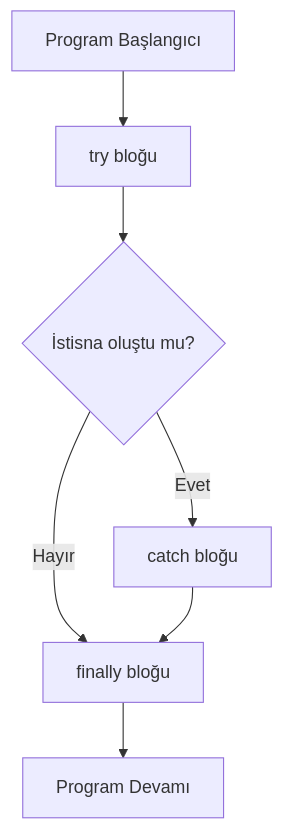
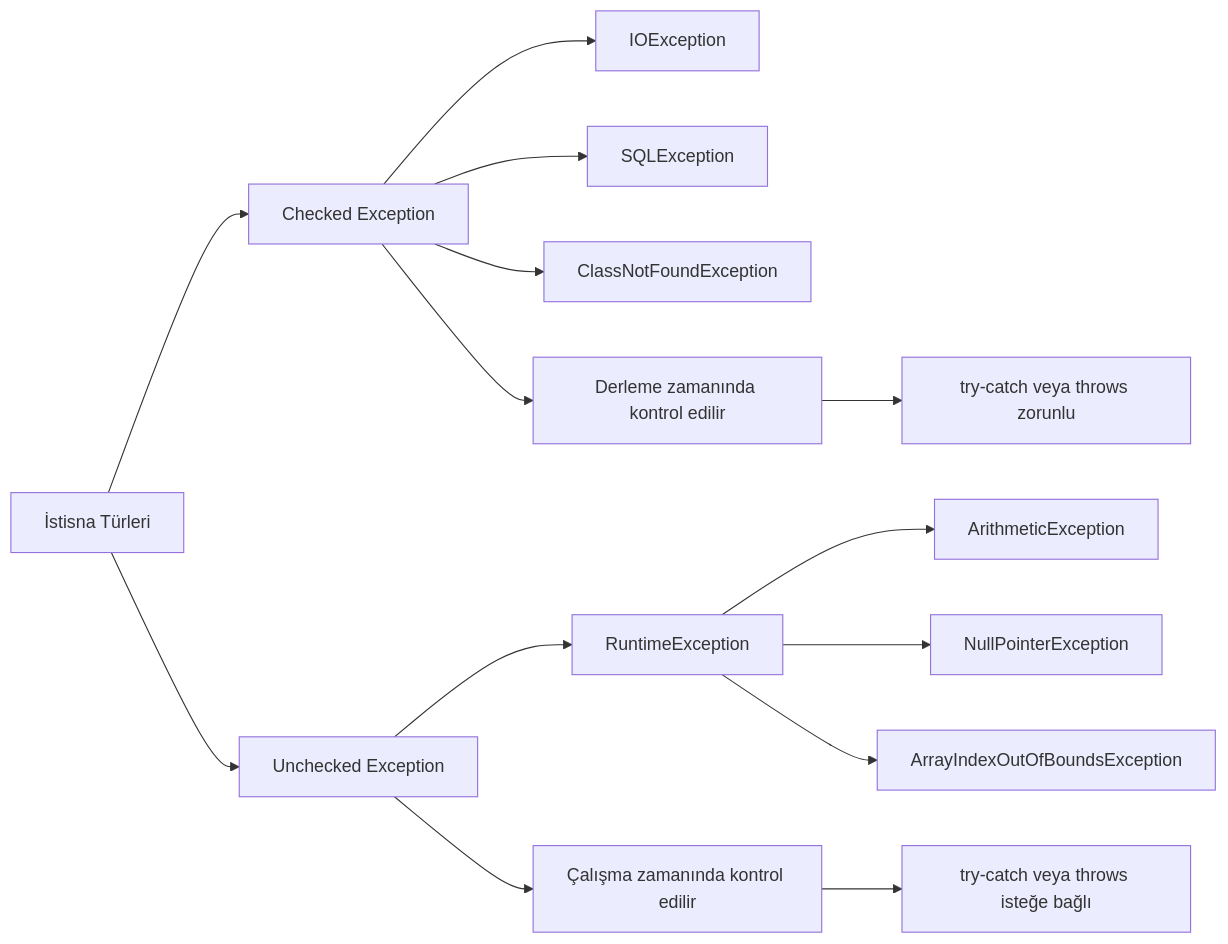
The third of 5 diagrams in chapters/bolum-15/draft_versions/v001.md (bmdersleri/bookMaker), drawn with Mermaid before and after one commit. The commit also changed other lines of this file and 31 other files, not shown here.

````diff
--- a/chapters/bolum-15/draft_versions/v001.md
+++ b/chapters/bolum-15/draft_versions/v001.md
@@ -117,9 +290,20 @@
 ```mermaid
-flowchart TD
-    A[Program Başlangıcı] --> B[try bloğu]
-    B --> C{İstisna oluştu mu?}
-    C -->|Evet| D[catch bloğu]
-    C -->|Hayır| E[finally bloğu]
-    D --> E
-    E --> F[Program Devamı]
+flowchart LR
+    A[İstisna Türleri] --> B[Checked Exception]
+    A --> C[Unchecked Exception]
+    
+    B --> D[IOException]
+    B --> E[SQLException]
+    B --> F[ClassNotFoundException]
+    
+    C --> G[RuntimeException]
+    G --> H[ArithmeticException]
+    G --> I[NullPointerException]
+    G --> J[ArrayIndexOutOfBoundsException]
+    
+    B --> K[Derleme zamanında kontrol edilir]
+    C --> L[Çalışma zamanında kontrol edilir]
+    
+    K --> M[try-catch veya throws zorunlu]
+    L --> N[try-catch veya throws isteğe bağlı]
 ```
````
